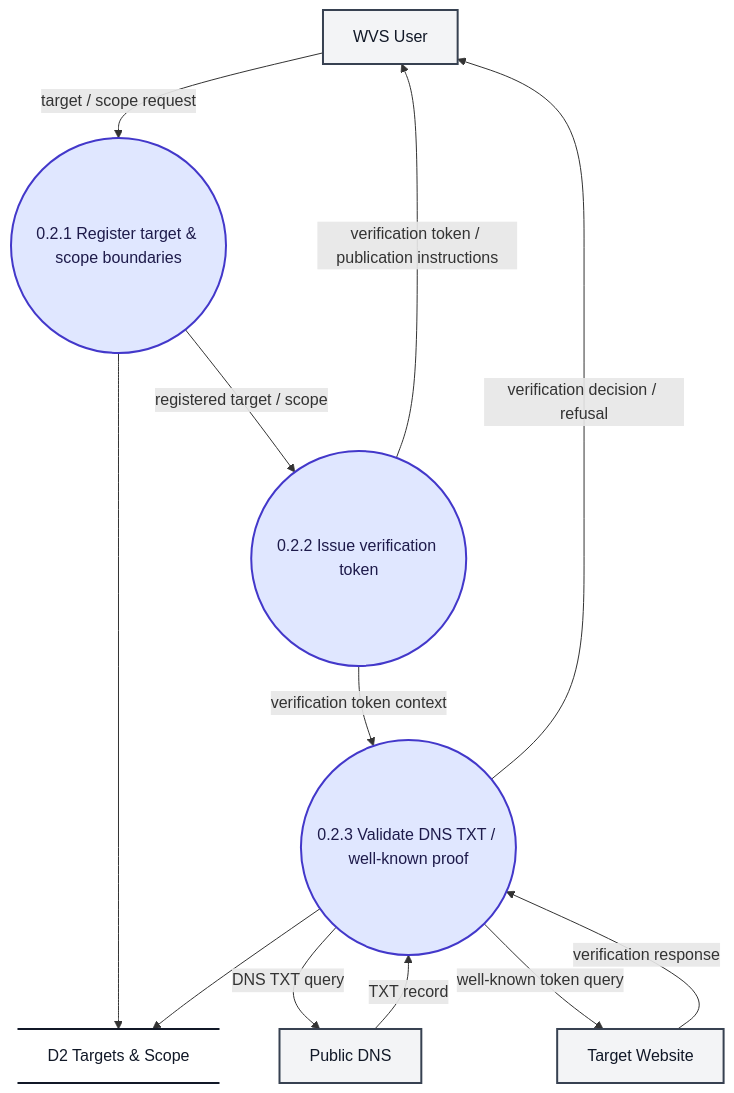
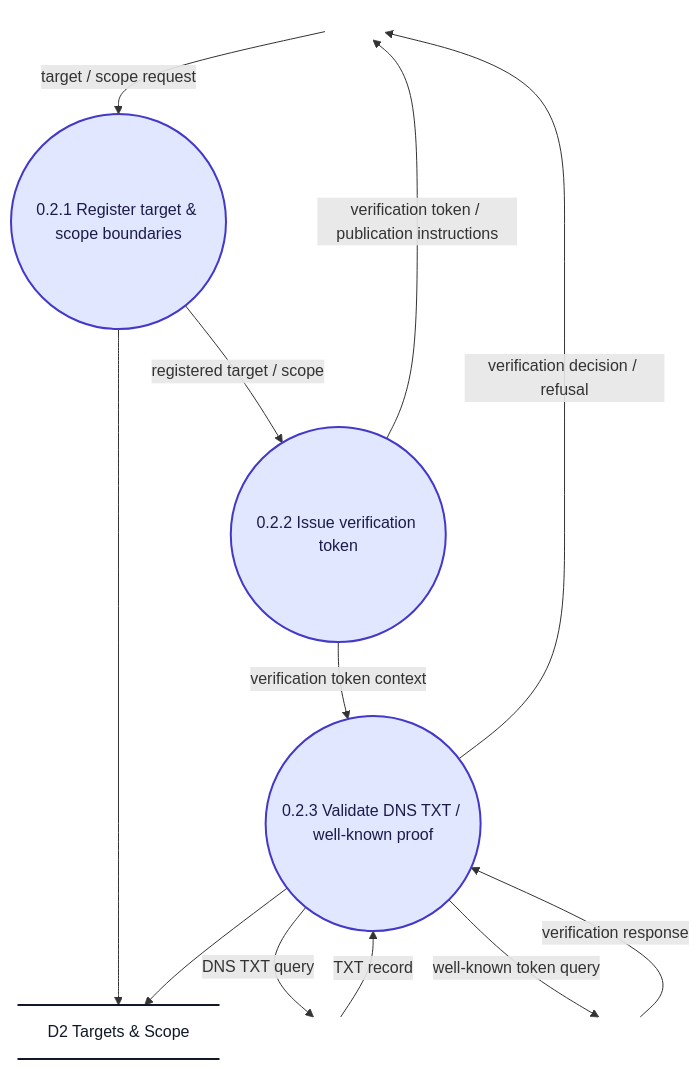
One commit to ksacheth/software-engineering changed the diagram in docs/dfd/mermaid/f.2.mmd. Above: the diagram before and after it, drawn with Mermaid. The commit also changed 19 other files, not shown here.

```diff
--- a/docs/dfd/mermaid/f.2.mmd
+++ b/docs/dfd/mermaid/f.2.mmd
@@ -1,30 +1,32 @@
 flowchart TD
     %% Level 2 DFD - F.2 Target Management & Authorisation
+    %% External entities appear only in the Level 0 context diagram
+    %% (Rajib Mall, Ch. 6); boundary arrows carry cross-boundary flows.
 
-    User["WVS User"]
+    B_User[" "]
     P21(("0.2.1 Register target & scope boundaries"))
     P22(("0.2.2 Issue verification token"))
     P23(("0.2.3 Validate DNS TXT / well-known proof"))
     D2@{ shape: datastore, label: "D2 Targets & Scope" }
-    DNS["Public DNS"]
-    Target["Target Website"]
+    B_DNS[" "]
+    B_Target[" "]
 
-    User -->|"target / scope request"| P21
-    P23 -->|"verification decision / refusal"| User
+    B_User -->|"target / scope request"| P21
+    P23 -->|"verification decision / refusal"| B_User
     P21 -->|"registered target / scope"| P22
-    P22 -->|"verification token / publication instructions"| User
+    P22 -->|"verification token / publication instructions"| B_User
     P22 -->|"verification token context"| P23
     P21 --> D2
     P23 --> D2
-    P23 -->|"DNS TXT query"| DNS
-    DNS -->|"TXT record"| P23
-    P23 -->|"well-known token query"| Target
-    Target -->|"verification response"| P23
+    P23 -->|"DNS TXT query"| B_DNS
+    B_DNS -->|"TXT record"| P23
+    P23 -->|"well-known token query"| B_Target
+    B_Target -->|"verification response"| P23
 
     %% Styling
     classDef process fill:#e0e7ff,stroke:#4338ca,stroke-width:2px,color:#1e1b4b;
-    classDef entity fill:#f3f4f6,stroke:#374151,stroke-width:2px,color:#111827;
     classDef store fill:transparent,stroke:#111827,stroke-width:2px,color:#111827;
+    classDef boundary fill:transparent,stroke:transparent,color:transparent;
     class P21,P22,P23 process;
-    class User,DNS,Target entity;
     class D2 store;
+    class B_User,B_DNS,B_Target boundary;
```
